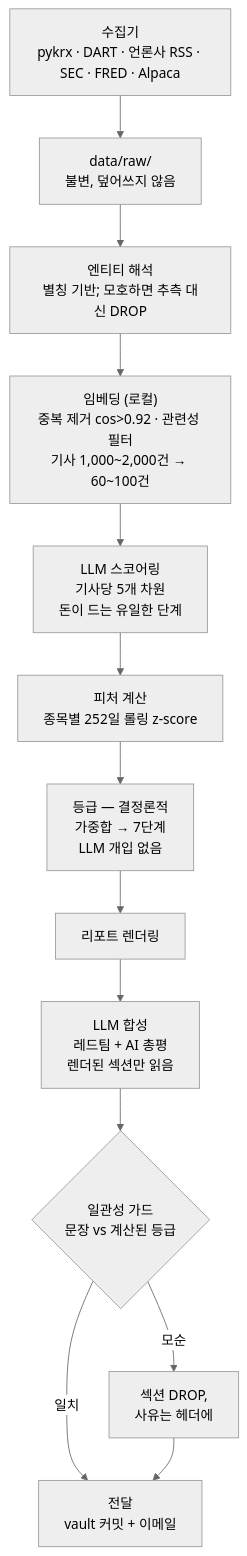
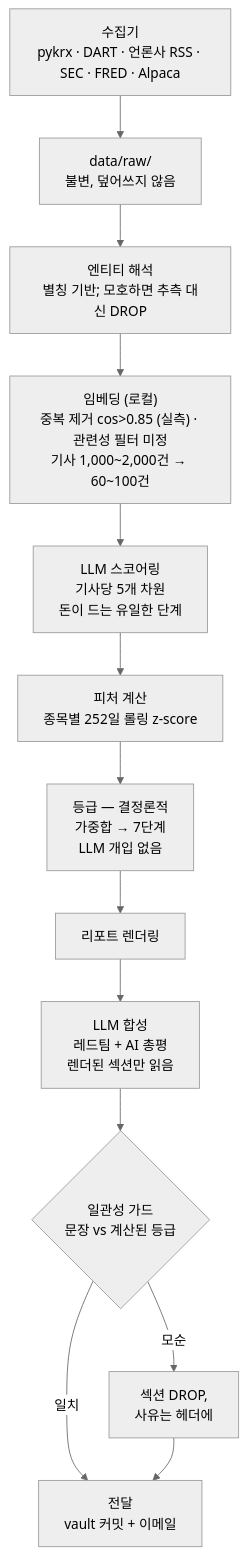
The diagram in README.ko.md (uichan-lee/market-briefing), drawn with Mermaid (neutral theme) before and after one commit. The commit also changed other lines of this file and 2 other files, not shown here.

````diff
--- a/README.ko.md
+++ b/README.ko.md
@@ -110,15 +110,15 @@
 ```mermaid
 flowchart TD
     A["수집기<br/>pykrx · DART · 언론사 RSS · SEC · FRED · Alpaca"] --> B["data/raw/<br/>불변, 덮어쓰지 않음"]
     B --> C["엔티티 해석<br/>별칭 기반; 모호하면 추측 대신 DROP"]
-    C --> D["임베딩 (로컬)<br/>중복 제거 cos&gt;0.92 · 관련성 필터<br/>기사 1,000~2,000건 → 60~100건"]
+    C --> D["임베딩 (로컬)<br/>중복 제거 cos&gt;0.85 (실측) · 관련성 필터 미정<br/>기사 1,000~2,000건 → 60~100건"]
     D --> E["LLM 스코어링<br/>기사당 5개 차원<br/>돈이 드는 유일한 단계"]
     E --> F["피처 계산<br/>종목별 252일 롤링 z-score"]
     F --> G["등급 — 결정론적<br/>가중합 → 7단계<br/>LLM 개입 없음"]
     G --> H["리포트 렌더링"]
     H --> I["LLM 합성<br/>레드팀 + AI 총평<br/>렌더된 섹션만 읽음"]
     I --> J{"일관성 가드<br/>문장 vs 계산된 등급"}
     J -->|모순| K["섹션 DROP,<br/>사유는 헤더에"]
     J -->|일치| L["전달<br/>vault 커밋 + 이메일"]
     K --> L
 ```
````
